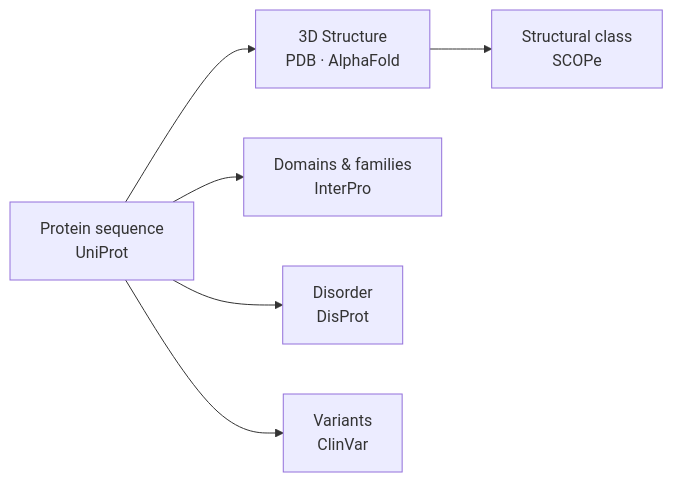
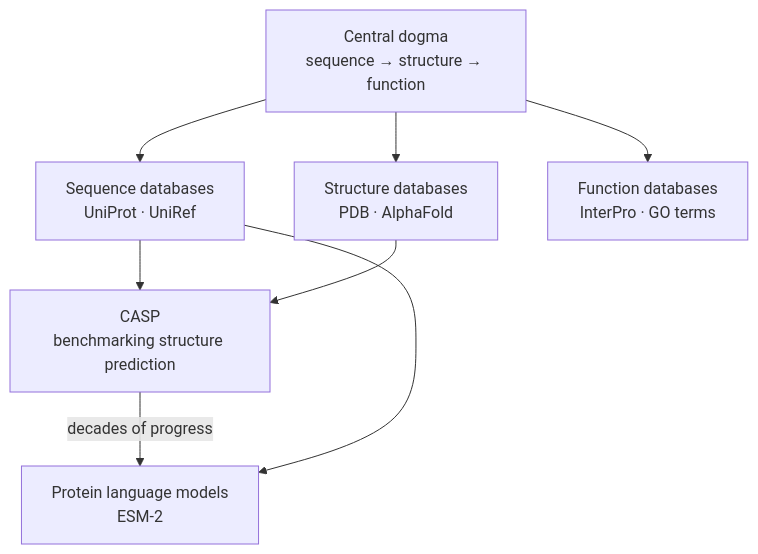
Before and after one commit to Everlyen/Seminar: the first of 2 diagrams in Why pLMs are important to understand.md, drawn with Mermaid. The commit also changed other lines of this file and 29 other files, not shown here.

````diff
--- a/Why pLMs are important to understand.md
+++ b/Why pLMs are important to understand.md
@@ -3,8 +3,11 @@
 ```mermaid
-graph LR
-    P[Protein sequence\nUniProt] --> S[3D Structure\nPDB · AlphaFold]
-    P --> F[Domains & families\nInterPro]
-    P --> D[Disorder\nDisProt]
-    P --> V[Variants\nClinVar]
-    S --> C[Structural class\nSCOPe]
+graph TD
+    D[Central dogma\nsequence → structure → function]
+    D --> P[Sequence databases\nUniProt · UniRef]
+    D --> S[Structure databases\nPDB · AlphaFold]
+    D --> F[Function databases\nInterPro · GO terms]
+    P --> CASP[CASP\nbenchmarking structure prediction]
+    S --> CASP
+    CASP -->|decades of progress| pLM[Protein language models\nESM-2]
+    P --> pLM
 ```
````
